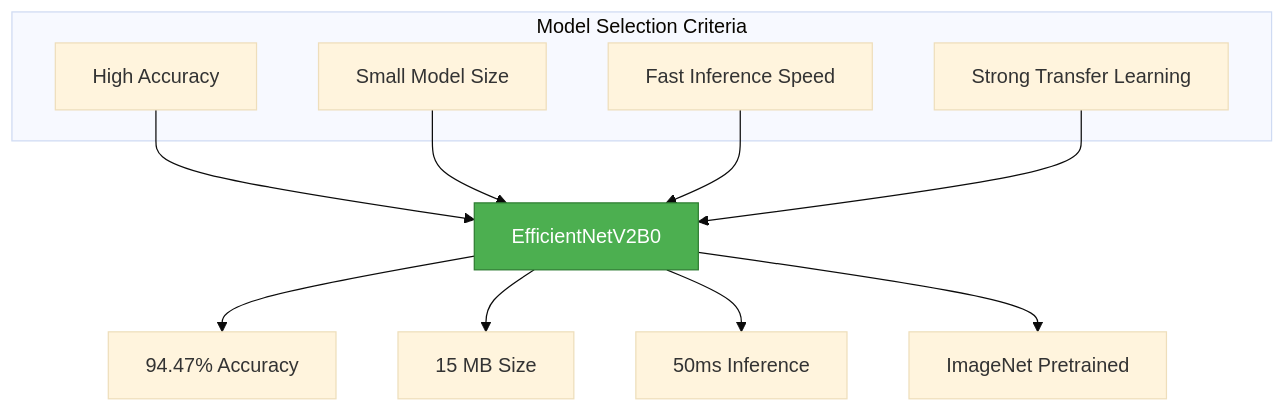
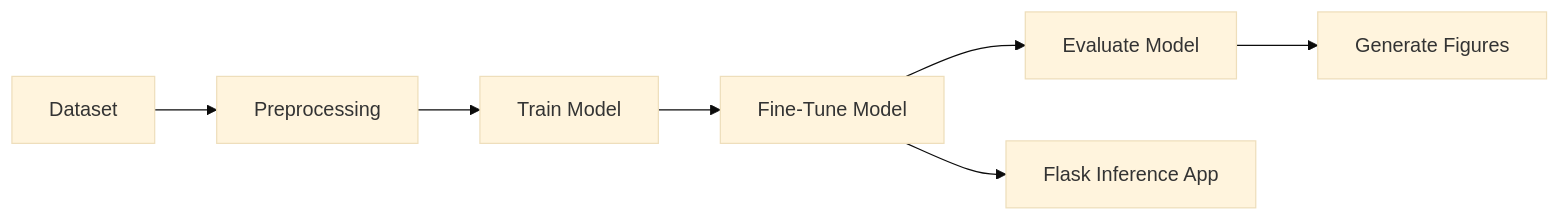
The first of 2 diagrams in report.md (ItzSwapnil/Leaf_Disease_Detection), drawn with Mermaid (base theme) before and after one commit. The commit also changed other lines of this file and 47 other files, not shown here.

````diff
--- a/report.md
+++ b/report.md
@@ -581,23 +37,9 @@
 ```mermaid
-flowchart TB
-    subgraph Criteria["Model Selection Criteria"]
-        A["High Accuracy"]
-        B["Small Model Size"]
-        C["Fast Inference Speed"]
-        E["Strong Transfer Learning"]
-    end
-    
-    D["EfficientNetV2B0"]
-    
-    A --> D
-    B --> D
-    C --> D
-    E --> D
-    
-    D --> F["94.47% Accuracy"]
-    D --> G["15 MB Size"]
-    D --> H["50ms Inference"]
-    D --> I["ImageNet Pretrained"]
-    
-    style D fill:#4CAF50,stroke:#2E7D32,color:#fff
+flowchart LR
+    A[Dataset] --> B[Preprocessing]
+    B --> C[Train Model]
+    C --> D[Fine-Tune Model]
+    D --> E[Evaluate Model]
+    E --> F[Generate Figures]
+    D --> G[Flask Inference App]
 ```
````
